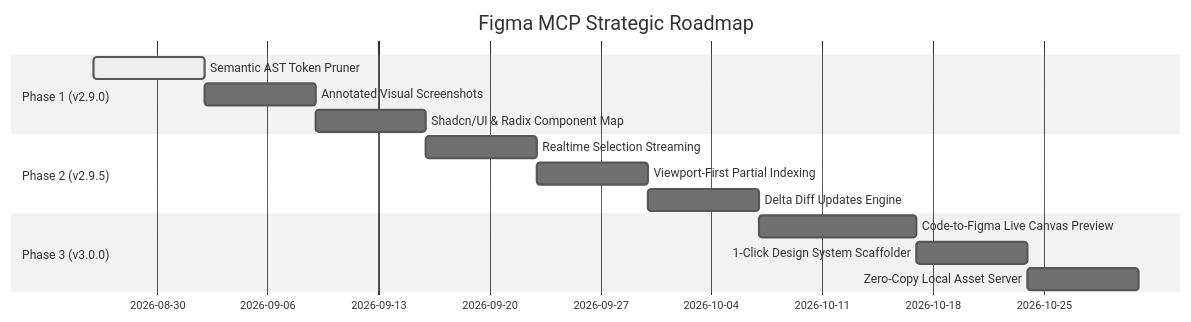
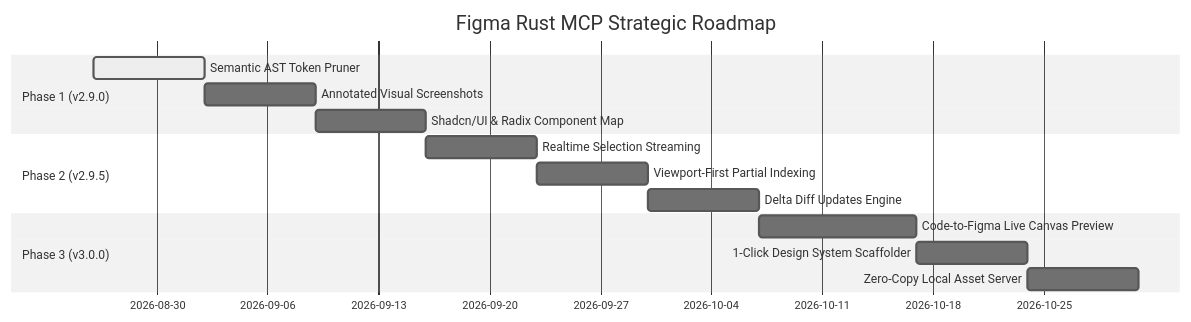
One commit to BuiHung1612/figma-mcp changed the diagram in ROADMAP.md. Above: the diagram before and after it, drawn with Mermaid (neutral theme). The commit also changed other lines of this file and 35 other files, not shown here.

Commit message:
refactor: standardize name as figma-rust-mcp

````diff
--- a/ROADMAP.md
+++ b/ROADMAP.md
@@ -9,17 +9,17 @@
 ```mermaid
 gantt
-    title Figma MCP Strategic Roadmap
+    title Figma Rust MCP Strategic Roadmap
     dateFormat  YYYY-MM-DD
     section Phase 1 (v2.9.0)
     Semantic AST Token Pruner        :active, 2026-08-26, 7d
     Annotated Visual Screenshots     :2026-09-02, 7d
     Shadcn/UI & Radix Component Map  :2026-09-09, 7d
     section Phase 2 (v2.9.5)
     Realtime Selection Streaming    :2026-09-16, 7d
     Viewport-First Partial Indexing  :2026-09-23, 7d
     Delta Diff Updates Engine        :2026-09-30, 7d
     section Phase 3 (v3.0.0)
     Code-to-Figma Live Canvas Preview:2026-10-07, 10d
     1-Click Design System Scaffolder :2026-10-17, 7d
     Zero-Copy Local Asset Server     :2026-10-24, 7d
 ```
````
